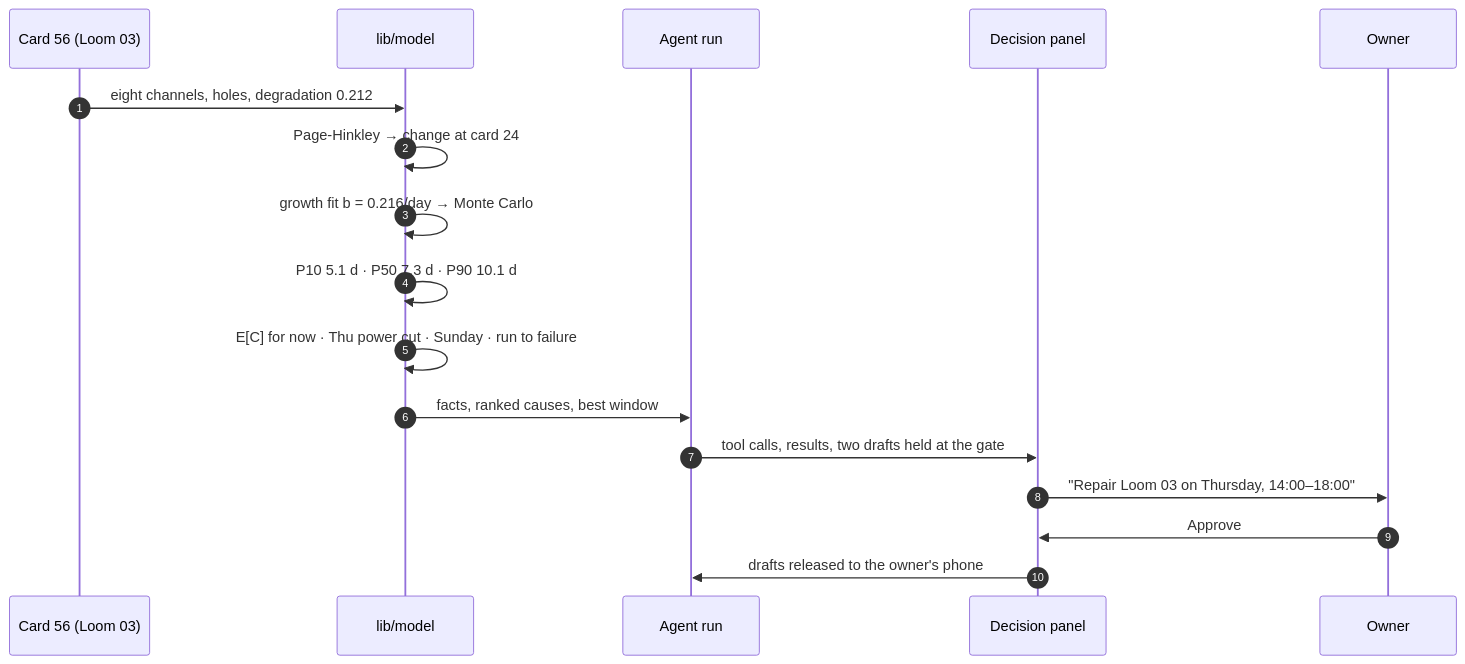
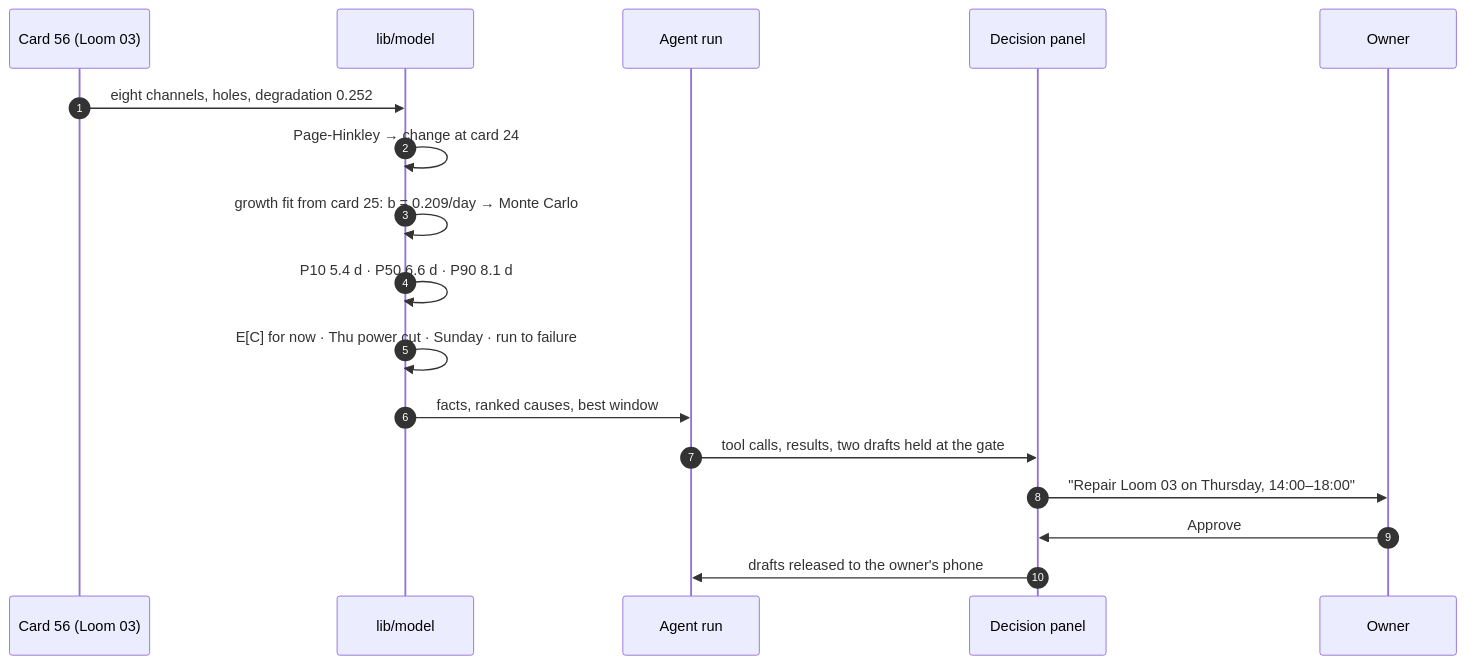
One commit to vizsh/Naadi changed the third of 3 diagrams in docs/02-architecture.md. Above: the diagram before and after it, drawn with Mermaid. The commit also changed other lines of this file and 63 other files, not shown here.

````diff
--- a/docs/02-architecture.md
+++ b/docs/02-architecture.md
@@ -100,19 +105,19 @@
 ```mermaid
 sequenceDiagram
   autonumber
   participant Card as Card 56 (Loom 03)
   participant Model as lib/model
   participant Agents as Agent run
   participant UI as Decision panel
   participant Owner
-  Card->>Model: eight channels, holes, degradation 0.212
+  Card->>Model: eight channels, holes, degradation 0.252
   Model->>Model: Page-Hinkley → change at card 24
-  Model->>Model: growth fit b = 0.216/day → Monte Carlo
-  Model->>Model: P10 5.1 d · P50 7.3 d · P90 10.1 d
+  Model->>Model: growth fit from card 25: b = 0.209/day → Monte Carlo
+  Model->>Model: P10 5.4 d · P50 6.6 d · P90 8.1 d
   Model->>Model: E[C] for now · Thu power cut · Sunday · run to failure
   Model->>Agents: facts, ranked causes, best window
   Agents->>UI: tool calls, results, two drafts held at the gate
   UI->>Owner: "Repair Loom 03 on Thursday, 14:00–18:00"
   Owner->>UI: Approve
   UI->>Agents: drafts released to the owner's phone
 ```
````
